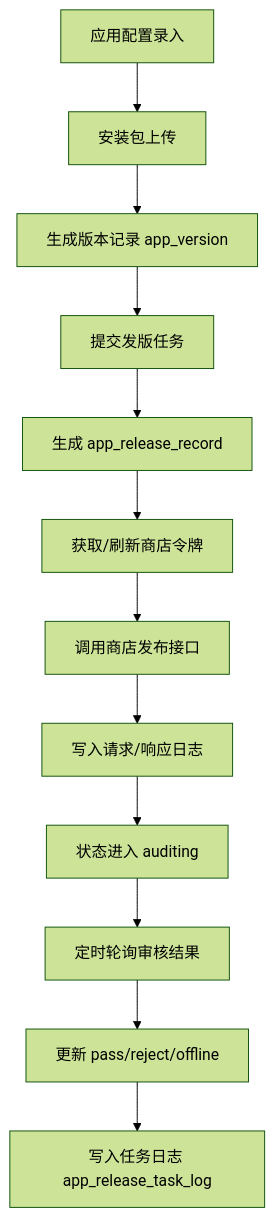
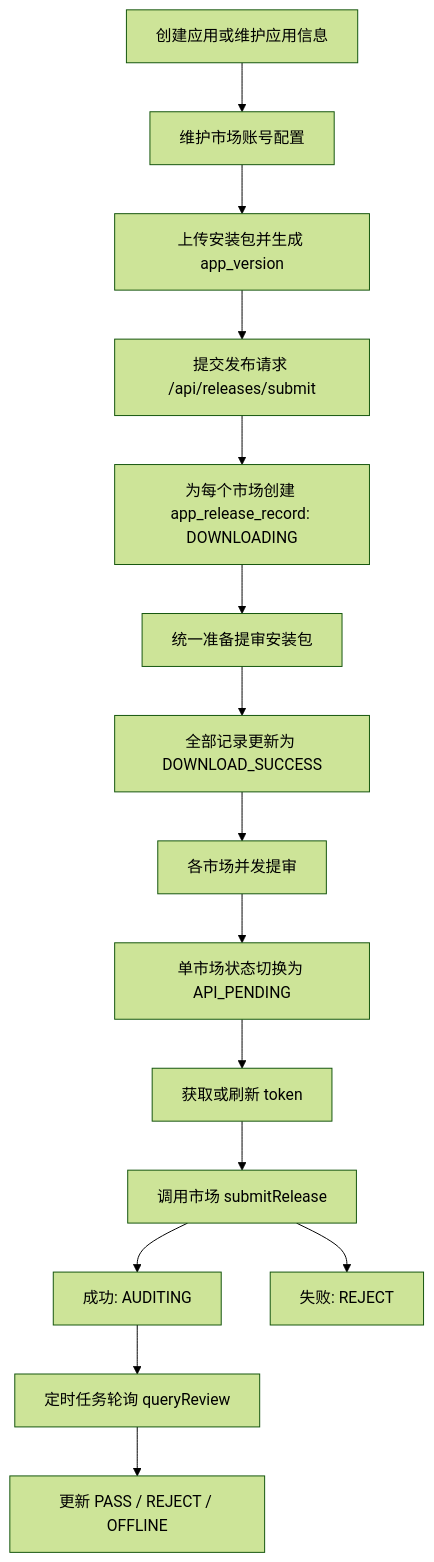
The diagram in doc/整体功能调用链路.md (chenwei123123/app_publish), drawn with Mermaid (forest theme) before and after one commit. The commit also changed other lines of this file and 2 other files, not shown here.

````diff
--- a/doc/整体功能调用链路.md
+++ b/doc/整体功能调用链路.md
@@ -108,14 +136,17 @@
 ```mermaid
 flowchart TD
-    A[应用配置录入] --> B[安装包上传]
-    B --> C[生成版本记录 app_version]
-    C --> D[提交发版任务]
-    D --> E[生成 app_release_record]
-    E --> F[获取/刷新商店令牌]
-    F --> G[调用商店发布接口]
-    G --> H[写入请求/响应日志]
-    H --> I[状态进入 auditing]
-    I --> J[定时轮询审核结果]
-    J --> K[更新 pass/reject/offline]
-    K --> L[写入任务日志 app_release_task_log]
+    A[创建应用或维护应用信息] --> B[维护市场账号配置]
+    B --> C[上传安装包并生成 app_version]
+    C --> D[提交发布请求 /api/releases/submit]
+    D --> E[为每个市场创建 app_release_record: DOWNLOADING]
+    E --> F[统一准备提审安装包]
+    F --> G[全部记录更新为 DOWNLOAD_SUCCESS]
+    G --> H[各市场并发提审]
+    H --> I[单市场状态切换为 API_PENDING]
+    I --> J[获取或刷新 token]
+    J --> K[调用市场 submitRelease]
+    K --> L[成功: AUDITING]
+    K --> M[失败: REJECT]
+    L --> N[定时任务轮询 queryReview]
+    N --> O[更新 PASS / REJECT / OFFLINE]
 ```
````
